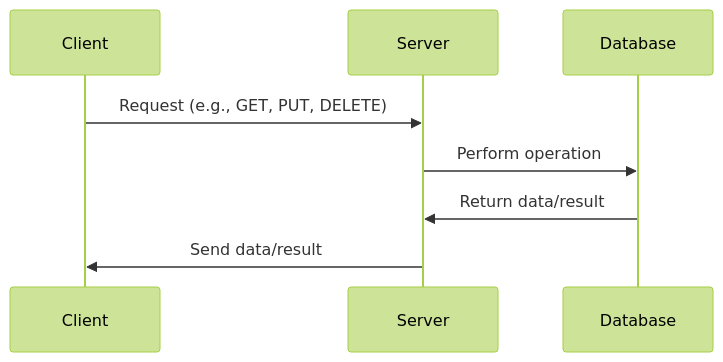
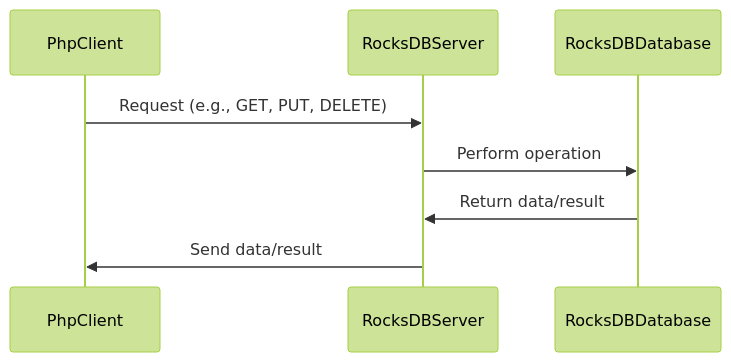
One commit to s00d/rocksdb-client-php changed the diagram in README.md. Above: the diagram before and after it, drawn with Mermaid (forest theme).

````diff
--- a/README.md
+++ b/README.md
@@ -26,12 +26,12 @@
 ```mermaid
 sequenceDiagram
-    participant Client
-    participant Server
-    participant Database
+    participant PhpClient
+    participant RocksDBServer
+    participant RocksDBDatabase
 
-    Client->>Server: Request (e.g., GET, PUT, DELETE)
-    Server->>Database: Perform operation
-    Database->>Server: Return data/result
-    Server->>Client: Send data/result
+    PhpClient->>RocksDBServer: Request (e.g., GET, PUT, DELETE)
+    RocksDBServer->>RocksDBDatabase: Perform operation
+    RocksDBDatabase->>RocksDBServer: Return data/result
+    RocksDBServer->>PhpClient: Send data/result
 
 ```
````
